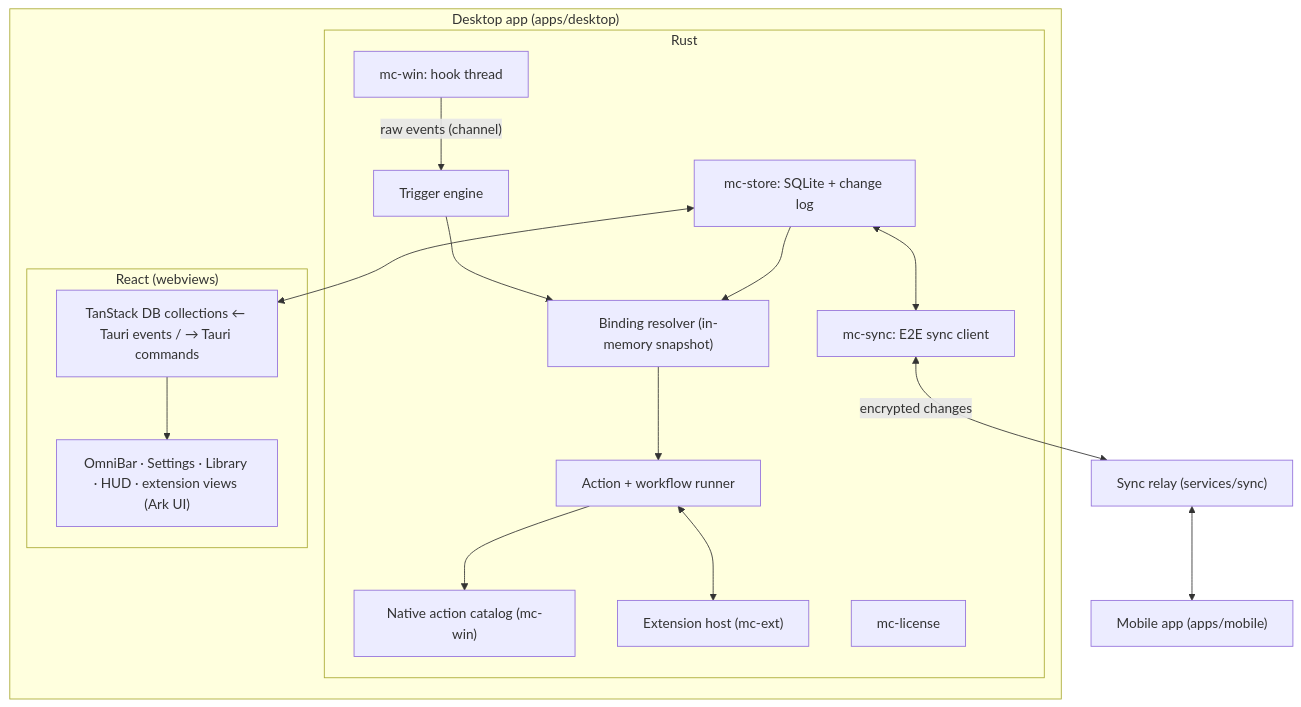
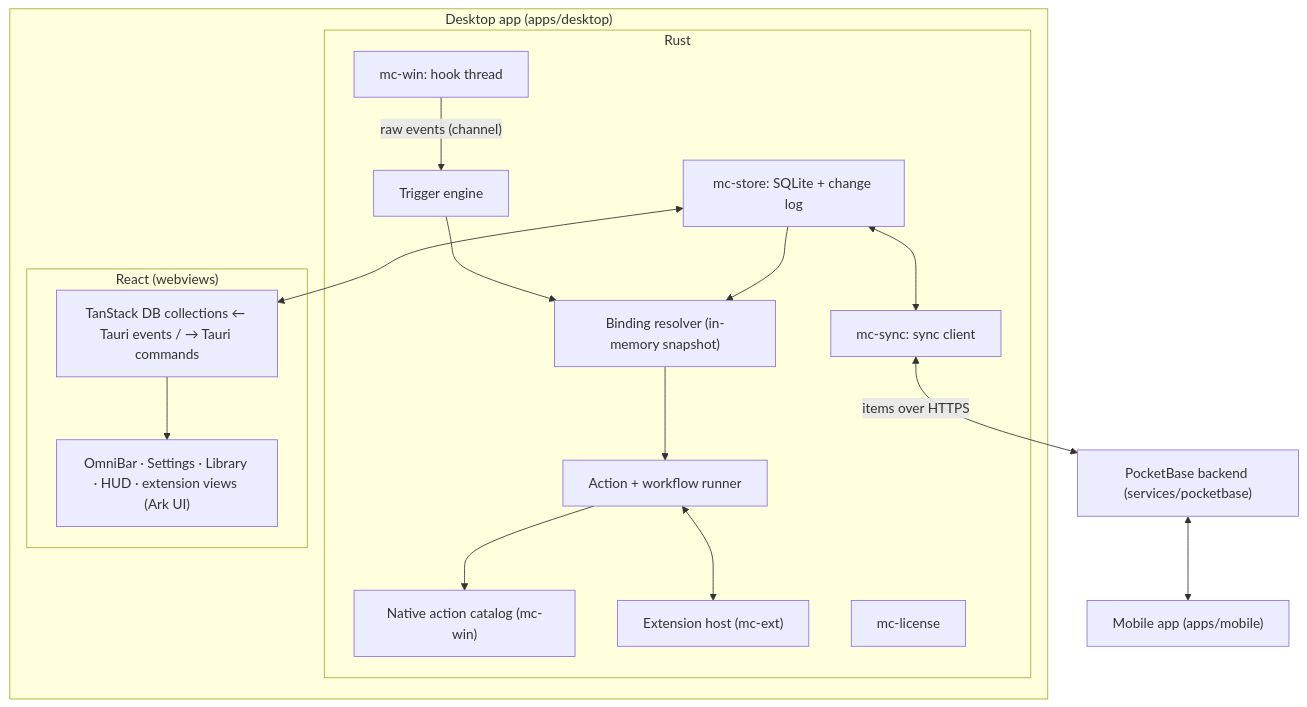
The second of 2 diagrams in APP_SPEC.md (aydieojewelry/MouseComb), drawn with Mermaid before and after one commit. The commit also changed other lines of this file and 131 other files, not shown here.

First line of the commit message:
Build the app shell, PocketBase backend and sync (B-0004)

````diff
--- a/APP_SPEC.md
+++ b/APP_SPEC.md
@@ -84,28 +85,28 @@
 ```mermaid
 graph TD
   subgraph Desktop["Desktop app (apps/desktop)"]
     subgraph Rust["Rust"]
       HOOK["mc-win: hook thread"]
       TRIG["Trigger engine"]
       BIND["Binding resolver (in-memory snapshot)"]
       RUN["Action + workflow runner"]
       CAT["Native action catalog (mc-win)"]
       HOST["Extension host (mc-ext)"]
       STORE["mc-store: SQLite + change log"]
-      SYNC["mc-sync: E2E sync client"]
+      SYNC["mc-sync: sync client"]
       LIC["mc-license"]
     end
     subgraph React["React (webviews)"]
       DB["TanStack DB collections ← Tauri events / → Tauri commands"]
       UIW["OmniBar · Settings · Library · HUD · extension views (Ark UI)"]
     end
   end
   HOOK -- "raw events (channel)" --> TRIG --> BIND --> RUN
   RUN --> CAT
   RUN <--> HOST
   STORE --> BIND
   STORE <--> SYNC
-  SYNC <-- "encrypted changes" --> RELAY["Sync relay (services/sync)"]
-  RELAY <--> PHONE["Mobile app (apps/mobile)"]
+  SYNC <-- "items over HTTPS" --> PB["PocketBase backend (services/pocketbase)"]
+  PB <--> PHONE["Mobile app (apps/mobile)"]
   STORE <--> DB --> UIW
 ```
````
